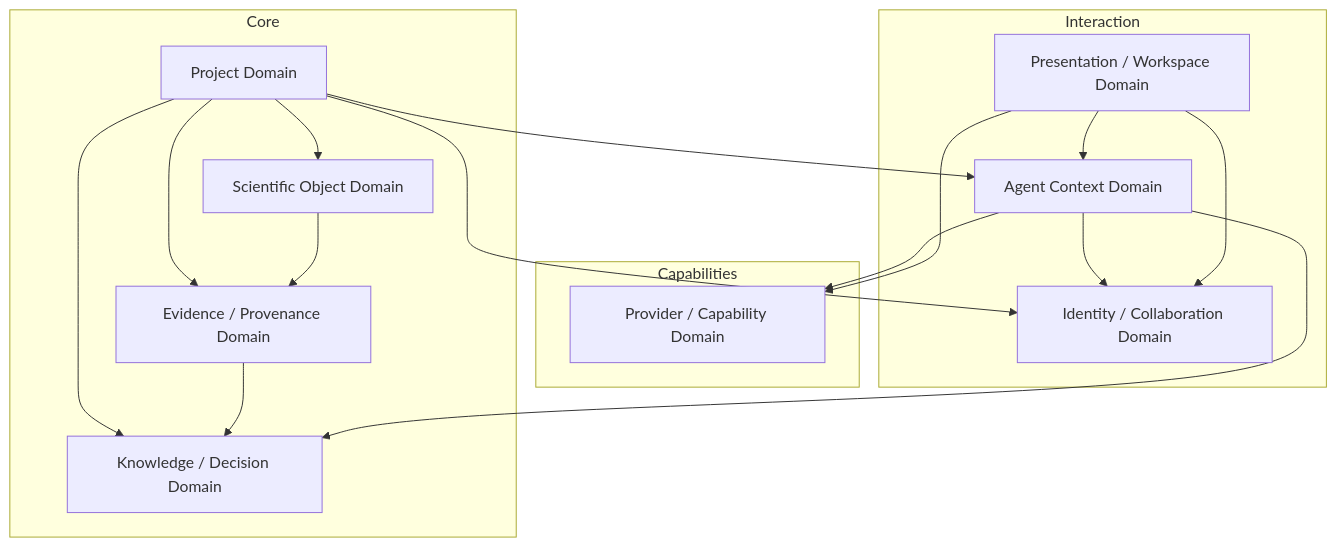
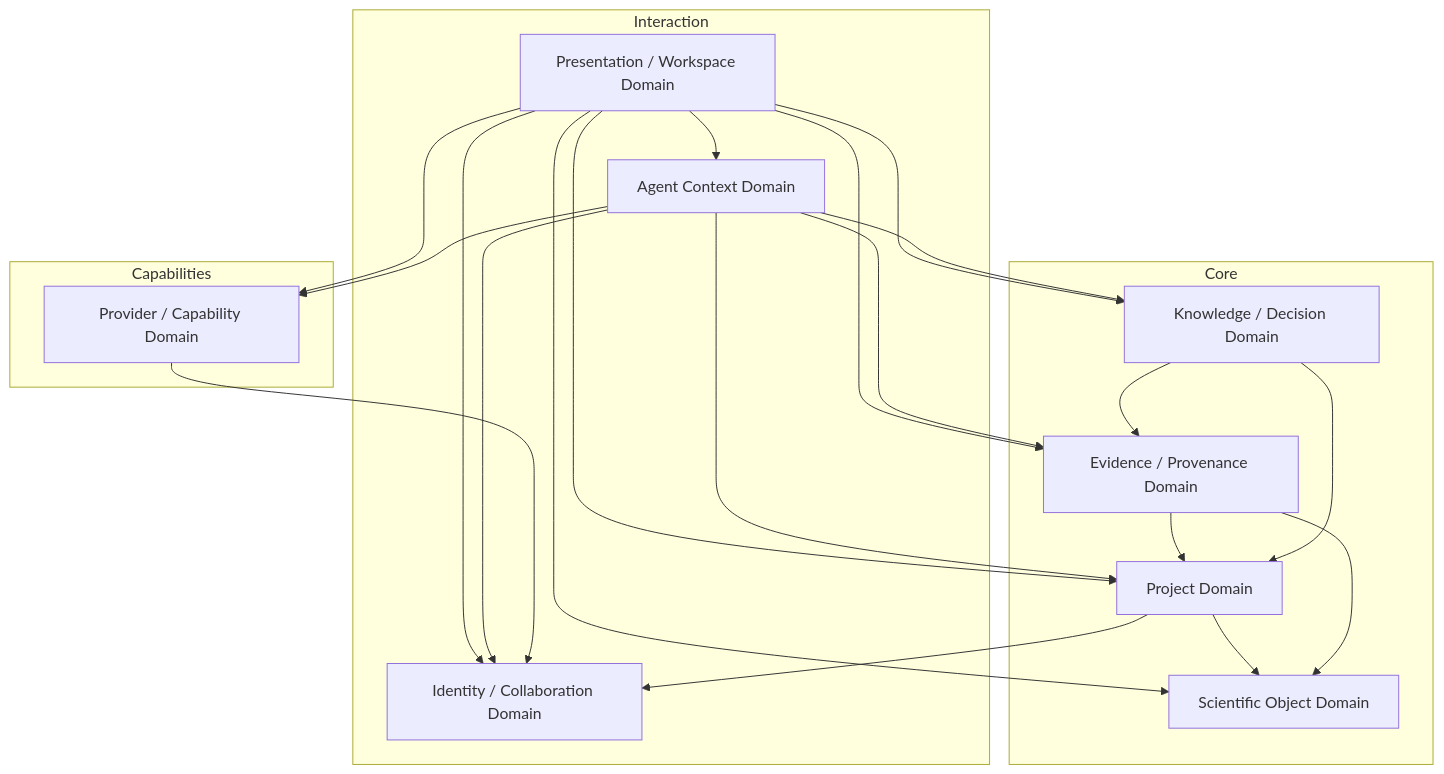
The second of 6 diagrams in docs/architecture/SYSTEM_ARCHITECTURE.md (YaoYinYing/REvoLab), drawn with Mermaid before and after one commit. The commit also changed other lines of this file and 20 other files, not shown here.

````diff
--- a/docs/architecture/SYSTEM_ARCHITECTURE.md
+++ b/docs/architecture/SYSTEM_ARCHITECTURE.md
@@ -72,36 +72,44 @@
 ```mermaid
 flowchart TB
     subgraph Core
         P["Project Domain"]
         SO["Scientific Object Domain"]
         EP["Evidence / Provenance Domain"]
         KD["Knowledge / Decision Domain"]
     end
 
     subgraph Capabilities
         PC["Provider / Capability Domain"]
     end
 
     subgraph Interaction
         AC["Agent Context Domain"]
         IC["Identity / Collaboration Domain"]
         PW["Presentation / Workspace Domain"]
     end
 
-    P --> SO
-    P --> EP
-    P --> KD
-    P --> AC
-    P --> IC
+    PW --> P
+    PW --> SO
+    PW --> EP
+    PW --> KD
+    PW --> PC
+    PW --> AC
+    PW --> IC
 
-    SO --> EP
-    EP --> KD
-
+    AC --> P
+    AC --> EP
+    AC --> KD
     AC --> PC
-    AC --> KD
     AC --> IC
 
-    PW --> AC
-    PW --> IC
-    PW --> PC
+    P --> IC
+    P --> SO
+
+    EP --> SO
+    EP --> P
+
+    KD --> EP
+    KD --> P
+
+    PC --> IC
 ```
````
